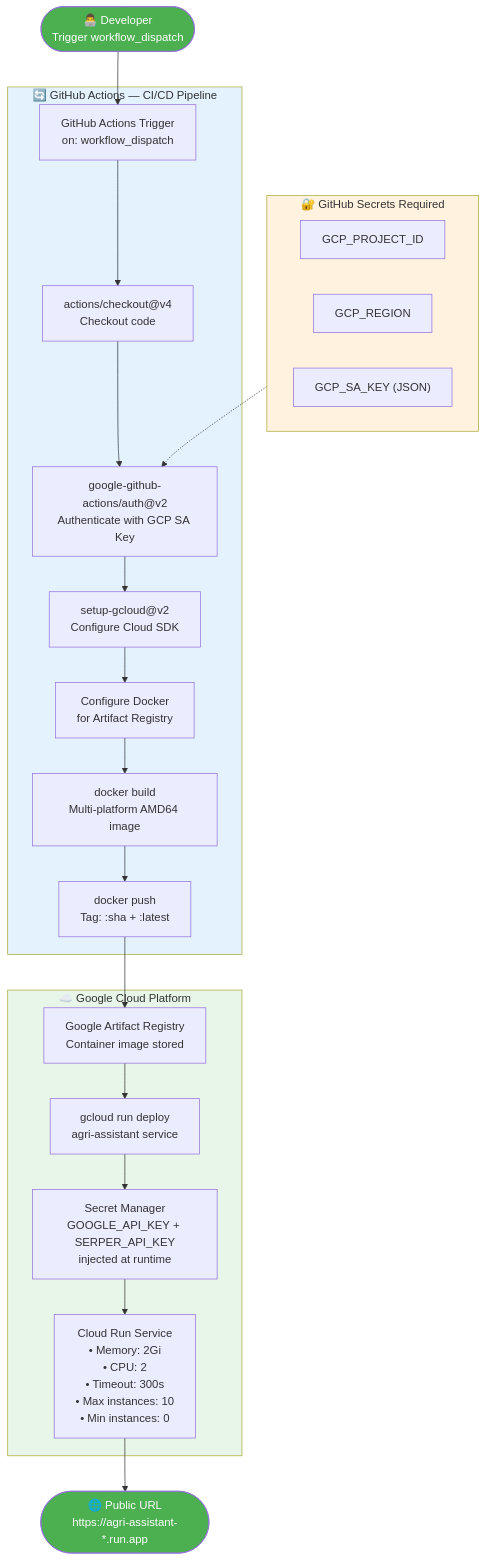
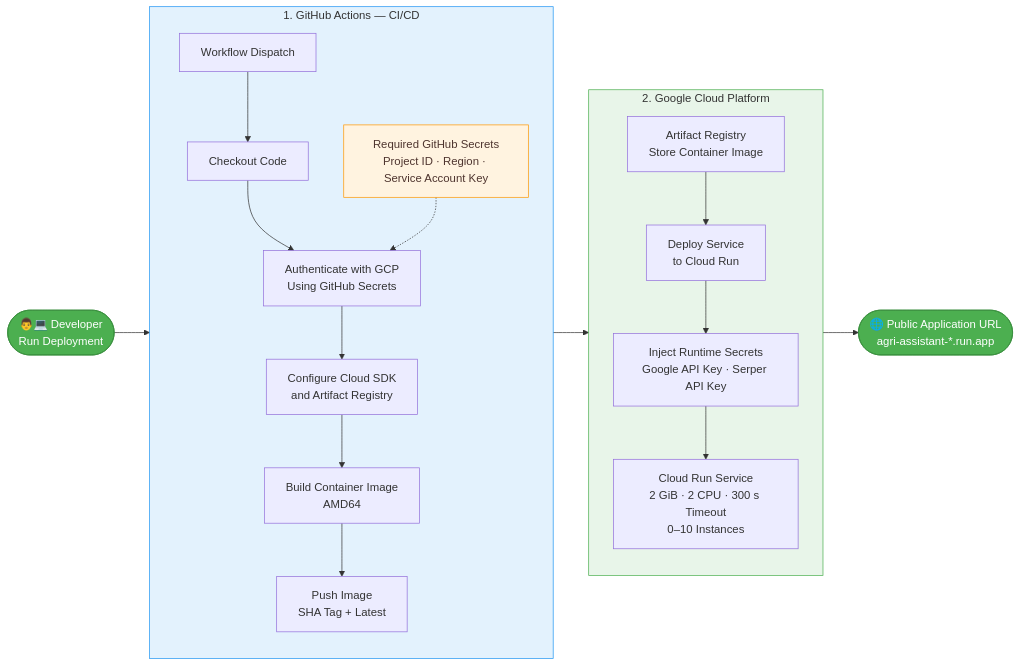
One commit to mohitagr18/ch-9-plant-doctor changed the diagram in workflow/04_cloud_deployment.md. Above: the diagram before and after it, drawn with Mermaid.

Commit message:
Revise deployment diagram for clarity and accuracy
Updated the deployment diagram to reflect changes in GitHub Actions and Google Cloud Platform processes.

````diff
--- a/workflow/04_cloud_deployment.md
+++ b/workflow/04_cloud_deployment.md
@@ -7,36 +7,46 @@
 ```mermaid
-flowchart TD
-    A(["👨‍💻 Developer\nTrigger workflow_dispatch"]) --> B["GitHub Actions Trigger\non: workflow_dispatch"]
+flowchart LR
+    A(["👨💻 Developer<br/>Run Deployment"])
 
-    subgraph GHA["🔄 GitHub Actions — CI/CD Pipeline"]
-        B --> C["actions/checkout@v4\nCheckout code"]
-        C --> D["google-github-actions/auth@v2\nAuthenticate with GCP SA Key"]
-        D --> E["setup-gcloud@v2\nConfigure Cloud SDK"]
-        E --> F["Configure Docker\nfor Artifact Registry"]
-        F --> G["docker build\nMulti-platform AMD64 image"]
-        G --> H["docker push\nTag: :sha + :latest"]
+    subgraph GHA["1. GitHub Actions — CI/CD"]
+        direction TB
+        B["Workflow Dispatch"]
+        C["Checkout Code"]
+        D["Authenticate with GCP<br/>Using GitHub Secrets"]
+        E["Configure Cloud SDK<br/>and Artifact Registry"]
+        F["Build Container Image<br/>AMD64"]
+        G["Push Image<br/>SHA Tag + Latest"]
+
+        S["Required GitHub Secrets<br/>Project ID · Region · Service Account Key"]
+
+        B --> C --> D --> E --> F --> G
+        S -.-> D
     end
 
-    subgraph GCP["☁️ Google Cloud Platform"]
-        H --> I["Google Artifact Registry\nContainer image stored"]
-        I --> J["gcloud run deploy\nagri-assistant service"]
-        J --> K["Secret Manager\nGOOGLE_API_KEY + SERPER_API_KEY\ninjected at runtime"]
-        K --> L["Cloud Run Service\n• Memory: 2Gi\n• CPU: 2\n• Timeout: 300s\n• Max instances: 10\n• Min instances: 0"]
+    subgraph GCP["2. Google Cloud Platform"]
+        direction TB
+        H["Artifact Registry<br/>Store Container Image"]
+        I["Deploy Service<br/>to Cloud Run"]
+        J["Inject Runtime Secrets<br/>Google API Key · Serper API Key"]
+        K["Cloud Run Service<br/>2 GiB · 2 CPU · 300 s Timeout<br/>0–10 Instances"]
+
+        H --> I --> J --> K
     end
 
-    L --> M(["🌐 Public URL\nhttps://agri-assistant-*.run.app"])
+    M(["🌐 Public Application URL<br/>agri-assistant-*.run.app"])
 
-    subgraph Secrets["🔐 GitHub Secrets Required"]
-        S1["GCP_PROJECT_ID"]
-        S2["GCP_REGION"]
-        S3["GCP_SA_KEY (JSON)"]
-    end
+    A --> GHA
+    GHA --> GCP
+    GCP --> M
 
-    Secrets -.-> D
+    classDef trigger fill:#4CAF50,color:#fff,stroke:#388E3C
+    classDef secret fill:#FFF3E0,color:#4E342E,stroke:#FF9800
+    classDef output fill:#4CAF50,color:#fff,stroke:#388E3C
 
-    style A fill:#4CAF50,color:#fff
-    style GHA fill:#E3F2FD
-    style GCP fill:#E8F5E9
-    style Secrets fill:#FFF3E0
-    style M fill:#4CAF50,color:#fff
+    class A trigger
+    class S secret
+    class M output
+
+    style GHA fill:#E3F2FD,stroke:#2196F3
+    style GCP fill:#E8F5E9,stroke:#4CAF50
 ```
````
